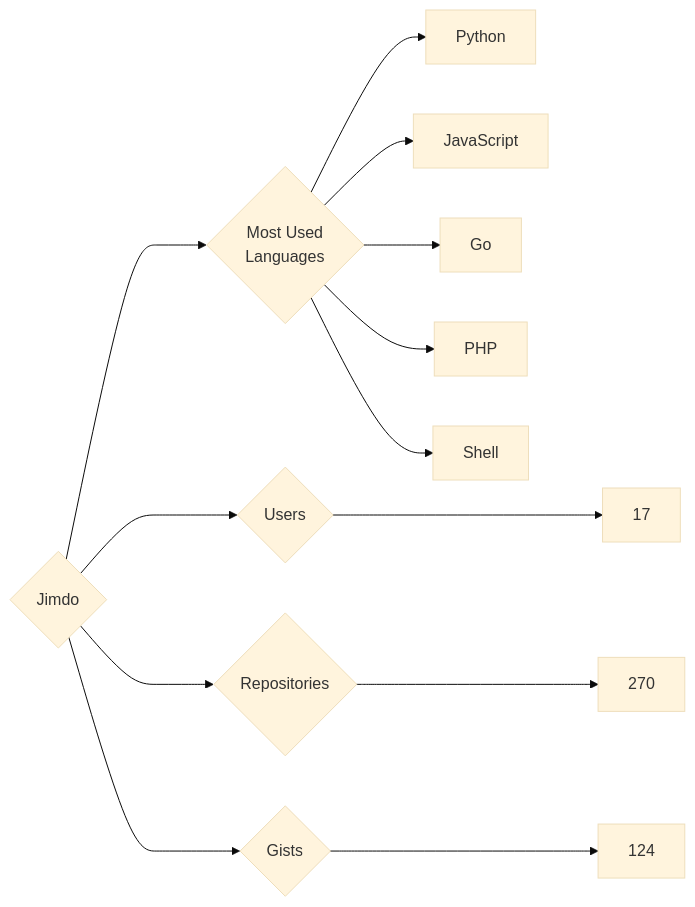
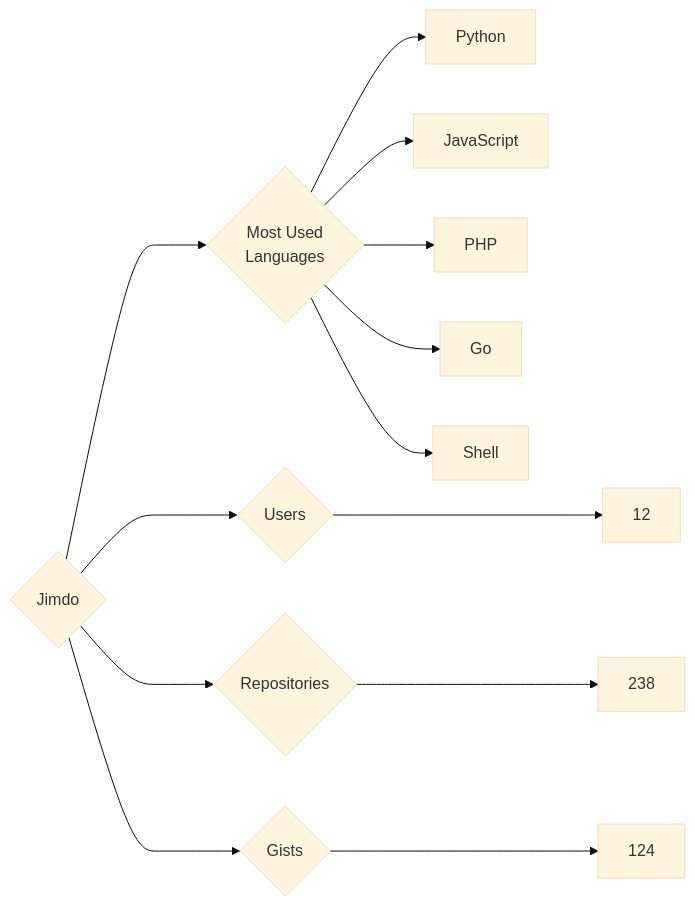
One commit to trickest/insiders changed the diagram in targets/Jimdo/README.md. Above: the diagram before and after it, drawn with Mermaid (base theme). The commit also changed 965 other files, not shown here.

````diff
--- a/targets/Jimdo/README.md
+++ b/targets/Jimdo/README.md
@@ -3,13 +3,13 @@
 ```mermaid
 graph LR
 COMPANY_NAME{Jimdo}
-COMPANY_NAME ---> U{Users} ---> UN[17]
-COMPANY_NAME ---> R{Repositories} ---> RN[270]
+COMPANY_NAME ---> U{Users} ---> UN[12]
+COMPANY_NAME ---> R{Repositories} ---> RN[238]
 COMPANY_NAME ---> G{Gists} ---> GN[124]
 COMPANY_NAME ---> ML{Most Used<br>Languages}
 ML --> Python[Python]
 ML --> JavaScript[JavaScript]
+ML --> PHP[PHP]
 ML --> Go[Go]
-ML --> PHP[PHP]
 ML --> Shell[Shell]
 ```
````
